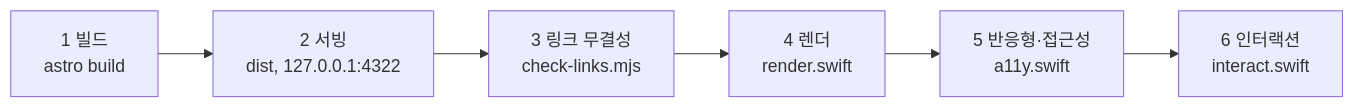
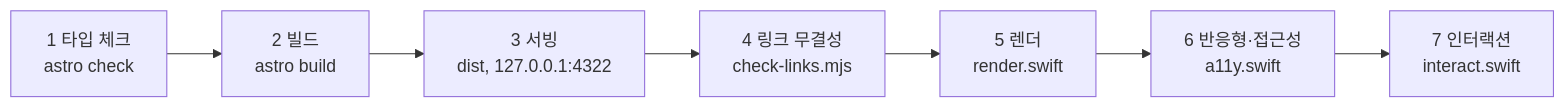
One commit to kwanbum217/NARANI_HomePage changed the diagram in docs/spec/QA_AND_A11Y.md. Above: the diagram before and after it, drawn with Mermaid. The commit also changed other lines of this file and 3 other files, not shown here.

````diff
--- a/docs/spec/QA_AND_A11Y.md
+++ b/docs/spec/QA_AND_A11Y.md
@@ -18,8 +18,9 @@
 ```mermaid
 flowchart LR
-  A["1 빌드<br/>astro build"] --> B["2 서빙<br/>dist, 127.0.0.1:4322"]
-  B --> C["3 링크 무결성<br/>check-links.mjs"]
-  C --> D["4 렌더<br/>render.swift"]
-  D --> E["5 반응형·접근성<br/>a11y.swift"]
-  E --> F["6 인터랙션<br/>interact.swift"]
+  A["1 타입 체크<br/>astro check"] --> B["2 빌드<br/>astro build"]
+  B --> C["3 서빙<br/>dist, 127.0.0.1:4322"]
+  C --> D["4 링크 무결성<br/>check-links.mjs"]
+  D --> E["5 렌더<br/>render.swift"]
+  E --> F["6 반응형·접근성<br/>a11y.swift"]
+  F --> G["7 인터랙션<br/>interact.swift"]
 ```
````
